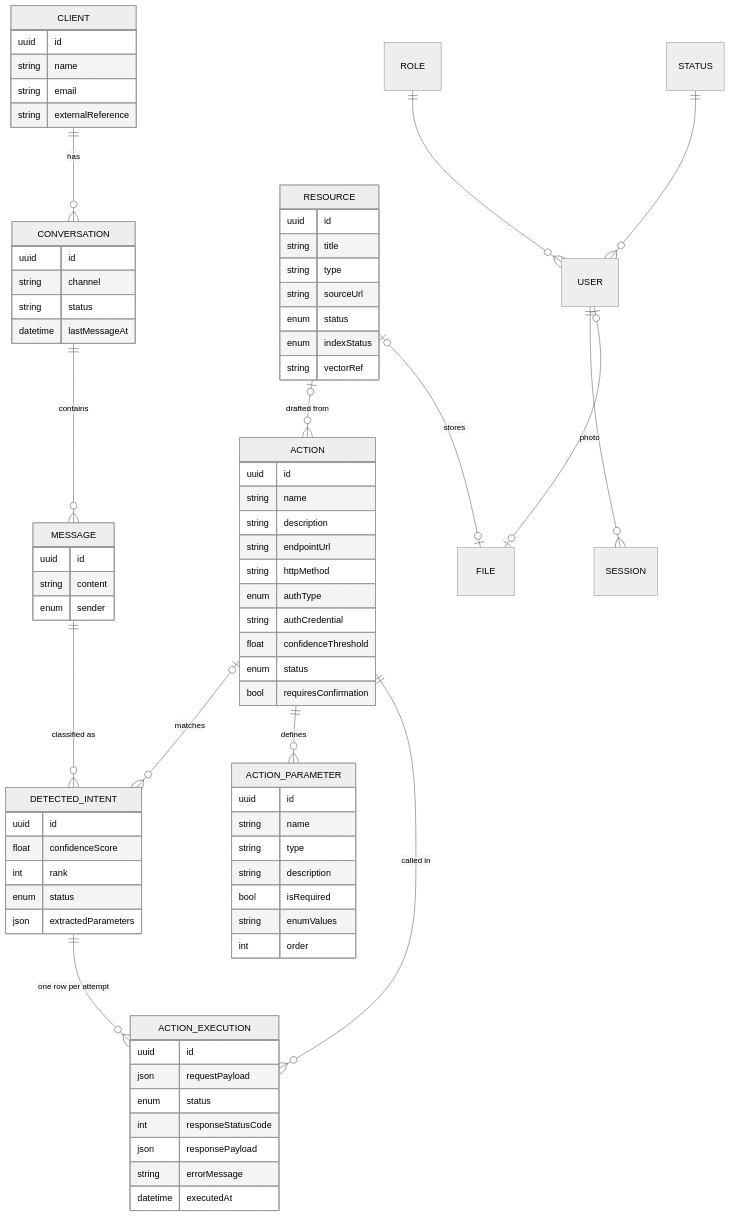
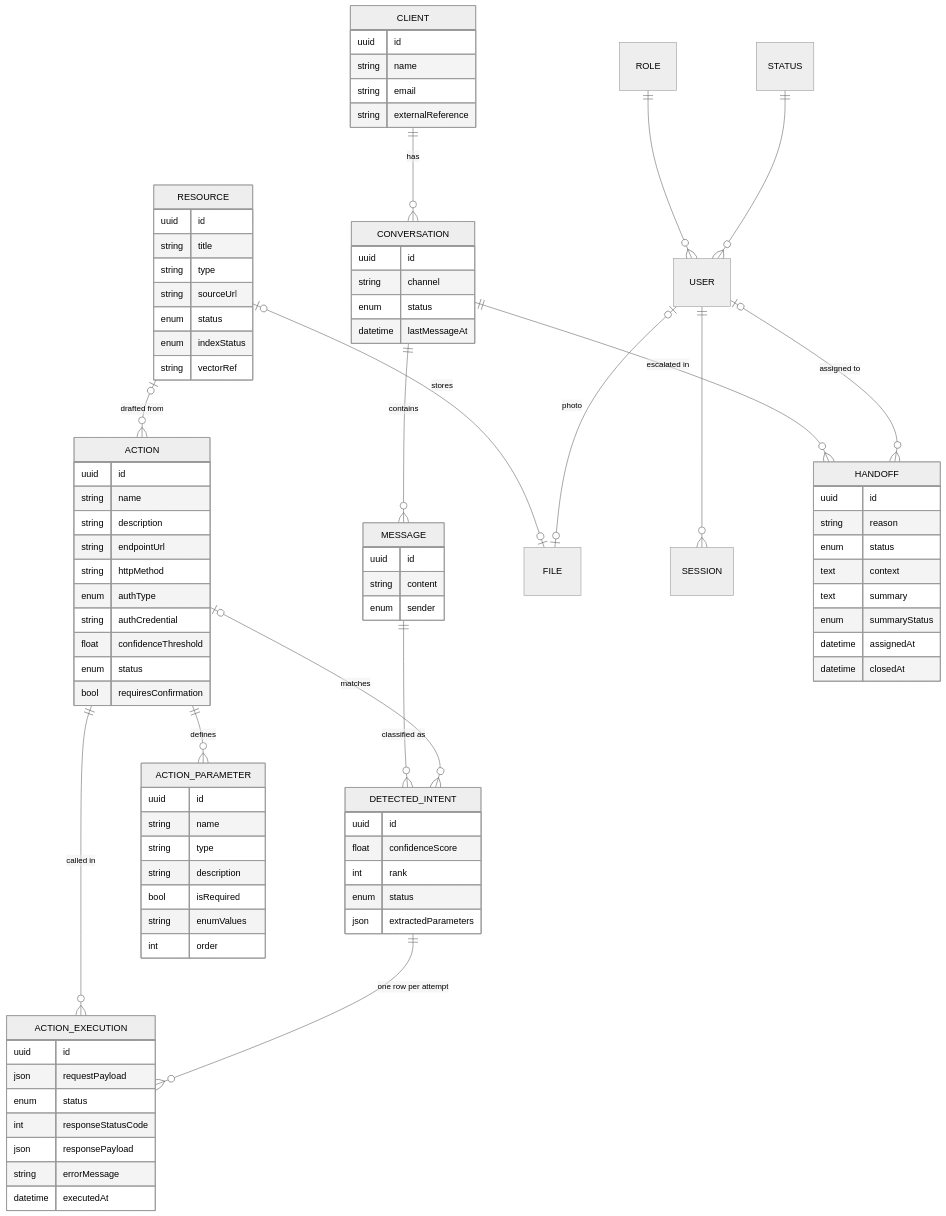
One commit to tysio111/teddy-support changed the second of 8 diagrams in README.md. Above: the diagram before and after it, drawn with Mermaid (neutral theme). The commit also changed other lines of this file and 45 other files, not shown here.

```diff
--- a/README.md
+++ b/README.md
@@ -115,6 +115,8 @@
   STATUS ||--o{ USER : ""
   USER ||--o{ SESSION : ""
   USER |o--o| FILE : photo
+  CONVERSATION ||--o{ HANDOFF : "escalated in"
+  USER |o--o{ HANDOFF : "assigned to"
 
   CLIENT {
     uuid id
@@ -125,8 +127,18 @@
   CONVERSATION {
     uuid id
     string channel
-    string status
+    enum status
     datetime lastMessageAt
+  }
+  HANDOFF {
+    uuid id
+    string reason
+    enum status
+    text context
+    text summary
+    enum summaryStatus
+    datetime assignedAt
+    datetime closedAt
   }
   MESSAGE {
     uuid id
```
